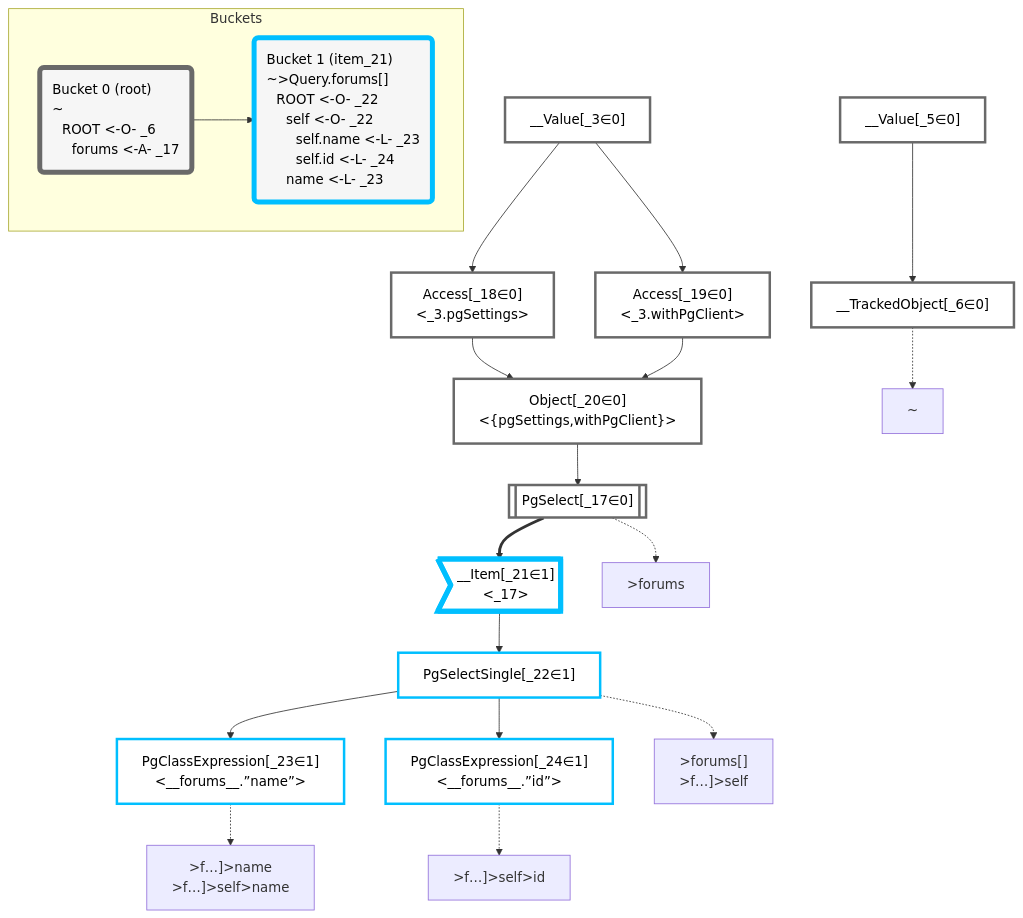
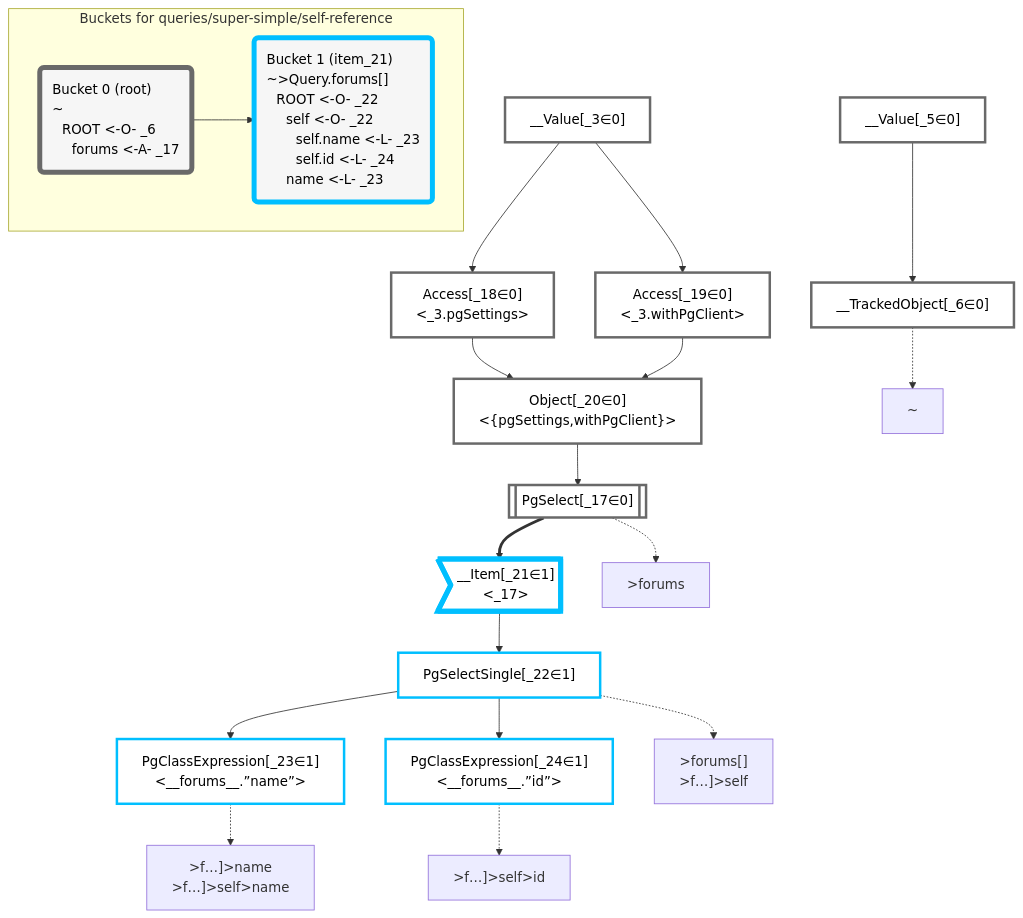
The diagram in packages/dataplan-pg/__tests__/queries/super-simple/self-reference.mermaid.md (graphile/crystal), drawn with Mermaid before and after one commit. The commit also changed 195 other files, not shown here.

````diff
--- a/packages/dataplan-pg/__tests__/queries/super-simple/self-reference.mermaid.md
+++ b/packages/dataplan-pg/__tests__/queries/super-simple/self-reference.mermaid.md
@@ -1,60 +1,60 @@
 ```mermaid
 graph TD
     classDef path fill:#eee,stroke:#000,color:#000
     classDef plan fill:#fff,stroke-width:3px,color:#000
     classDef itemplan fill:#fff,stroke-width:6px,color:#000
     classDef sideeffectplan fill:#f00,stroke-width:6px,color:#000
     classDef bucket fill:#f6f6f6,color:#000,stroke-width:6px,text-align:left
 
 
     %% define plans
     __Value_3["__Value[_3∈0]<br /><context>"]:::plan
     __Value_5["__Value[_5∈0]<br /><rootValue>"]:::plan
     __TrackedObject_6["__TrackedObject[_6∈0]"]:::plan
     PgSelect_17[["PgSelect[_17∈0]<br /><forums>"]]:::plan
     Access_18["Access[_18∈0]<br /><_3.pgSettings>"]:::plan
     Access_19["Access[_19∈0]<br /><_3.withPgClient>"]:::plan
     Object_20["Object[_20∈0]<br /><{pgSettings,withPgClient}>"]:::plan
     __Item_21>"__Item[_21∈1]<br /><_17>"]:::itemplan
     PgSelectSingle_22["PgSelectSingle[_22∈1]<br /><forums>"]:::plan
     PgClassExpression_23["PgClassExpression[_23∈1]<br /><__forums__.”name”>"]:::plan
     PgClassExpression_24["PgClassExpression[_24∈1]<br /><__forums__.”id”>"]:::plan
 
     %% plan dependencies
     __Value_5 --> __TrackedObject_6
     Object_20 --> PgSelect_17
     __Value_3 --> Access_18
     __Value_3 --> Access_19
     Access_18 --> Object_20
     Access_19 --> Object_20
     PgSelect_17 ==> __Item_21
     __Item_21 --> PgSelectSingle_22
     PgSelectSingle_22 --> PgClassExpression_23
     PgSelectSingle_22 --> PgClassExpression_24
 
     %% plan-to-path relationships
     P_6["~"]
     __TrackedObject_6 -.-> P_6
     P_17[">forums"]
     PgSelect_17 -.-> P_17
     P_22[">forums[]<br />>f…]>self"]
     PgSelectSingle_22 -.-> P_22
     P_23[">f…]>name<br />>f…]>self>name"]
     PgClassExpression_23 -.-> P_23
     P_24[">f…]>self>id"]
     PgClassExpression_24 -.-> P_24
 
     %% allocate buckets
     classDef bucket0 stroke:#696969
     class __Value_3,__Value_5,__TrackedObject_6,PgSelect_17,Access_18,Access_19,Object_20 bucket0
     classDef bucket1 stroke:#00bfff
     class __Item_21,PgSelectSingle_22,PgClassExpression_23,PgClassExpression_24 bucket1
 
-    subgraph Buckets
+    subgraph "Buckets for queries/super-simple/self-reference"
     Bucket0("Bucket 0 (root)<br />~<br />⠀ROOT <-O- _6<br />⠀⠀forums <-A- _17"):::bucket
     style Bucket0 stroke:#696969
     Bucket1("Bucket 1 (item_21)<br />~>Query.forums[]<br />⠀ROOT <-O- _22<br />⠀⠀self <-O- _22<br />⠀⠀⠀self.name <-L- _23<br />⠀⠀⠀self.id <-L- _24<br />⠀⠀name <-L- _23"):::bucket
     style Bucket1 stroke:#00bfff
     Bucket0 --> Bucket1
     end
 ```
````
